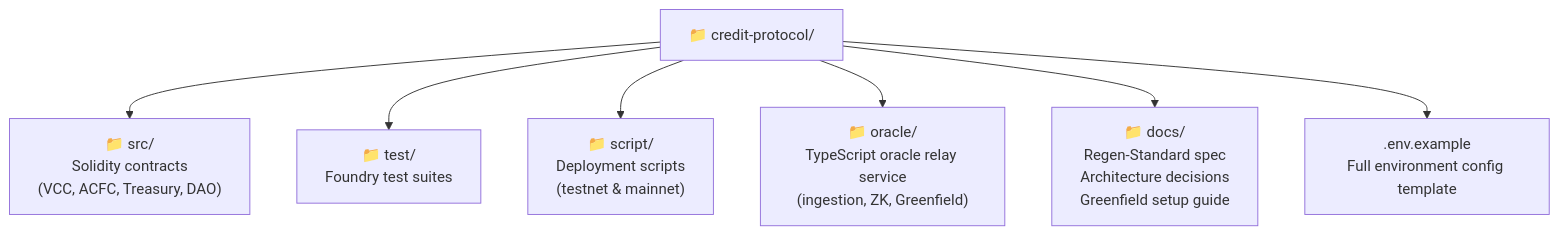
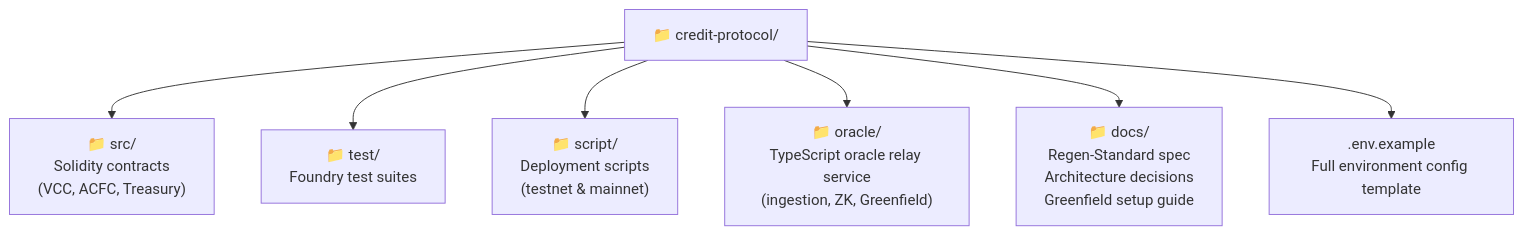
One commit to chandan989/C.R.E.D.I.T. changed the eighth of 8 diagrams in README.md. Above: the diagram before and after it, drawn with Mermaid. The commit also changed other lines of this file and 103 other files, not shown here.

````diff
--- a/README.md
+++ b/README.md
@@ -374,10 +343,10 @@
 ```mermaid
 graph TD
     ROOT["📁 credit-protocol/"]
-    ROOT --> SRC["📁 src/\nSolidity contracts\n(VCC, ACFC, Treasury, DAO)"]
+    ROOT --> SRC["📁 src/\nSolidity contracts\n(VCC, ACFC, Treasury)"]
     ROOT --> TEST["📁 test/\nFoundry test suites"]
     ROOT --> SCRIPT["📁 script/\nDeployment scripts\n(testnet & mainnet)"]
     ROOT --> ORACLE["📁 oracle/\nTypeScript oracle relay service\n(ingestion, ZK, Greenfield)"]
     ROOT --> DOCS["📁 docs/\nRegen-Standard spec\nArchitecture decisions\nGreenfield setup guide"]
     ROOT --> ENV[".env.example\nFull environment config template"]
 ```
````
